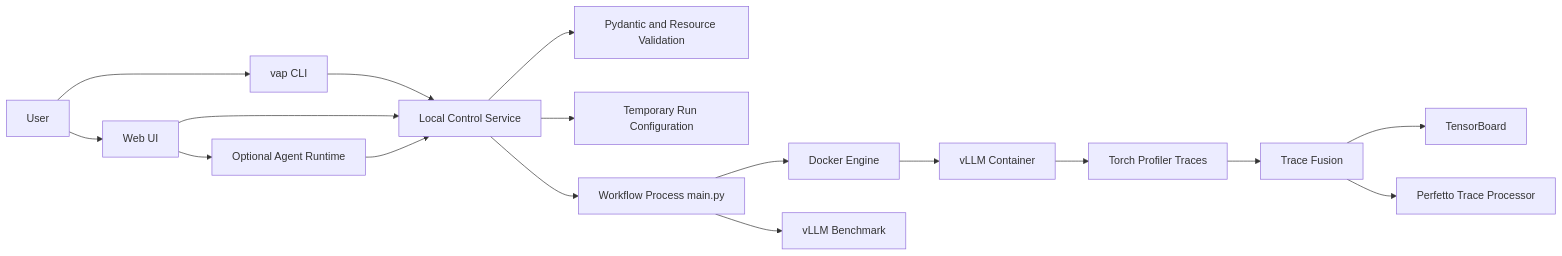
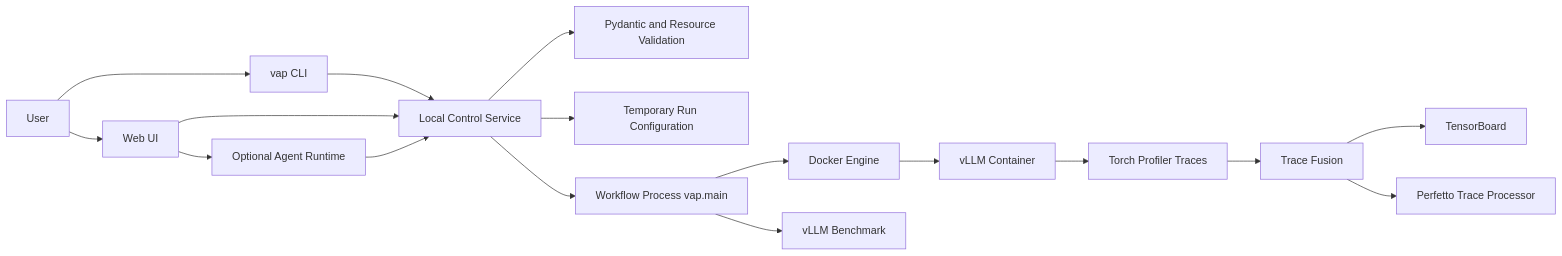
The first of 4 diagrams in DEPLOYMENT_AND_TECHNICAL_REPORT.md (Shan2L/VAP), drawn with Mermaid before and after one commit. The commit also changed other lines of this file and 36 other files, not shown here.

````diff
--- a/DEPLOYMENT_AND_TECHNICAL_REPORT.md
+++ b/DEPLOYMENT_AND_TECHNICAL_REPORT.md
@@ -25,19 +25,19 @@
 ```mermaid
 flowchart LR
     Operator[User] --> CLI[vap CLI]
     Operator --> UI[Web UI]
     CLI --> Server[Local Control Service]
     UI --> Server
     Server --> Validation[Pydantic and Resource Validation]
     Server --> TempConfig[Temporary Run Configuration]
-    Server --> Workflow[Workflow Process main.py]
+    Server --> Workflow[Workflow Process vap.main]
     Workflow --> Docker[Docker Engine]
     Docker --> VLLM[vLLM Container]
     Workflow --> Benchmark[vLLM Benchmark]
     VLLM --> Traces[Torch Profiler Traces]
     Traces --> Fusion[Trace Fusion]
     Fusion --> TensorBoard[TensorBoard]
     Fusion --> Perfetto[Perfetto Trace Processor]
     UI --> Agent[Optional Agent Runtime]
     Agent --> Server
 ```
````
